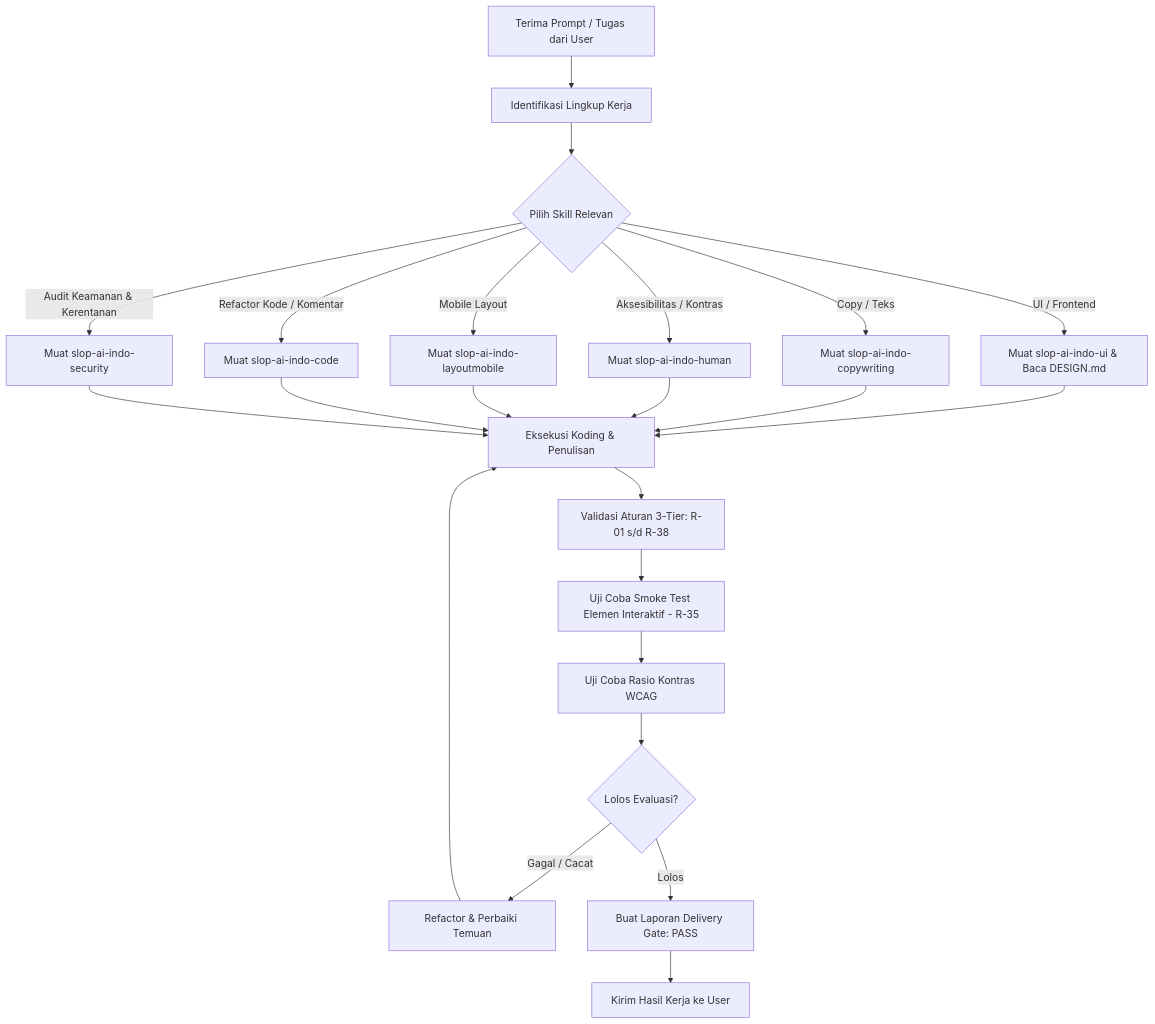
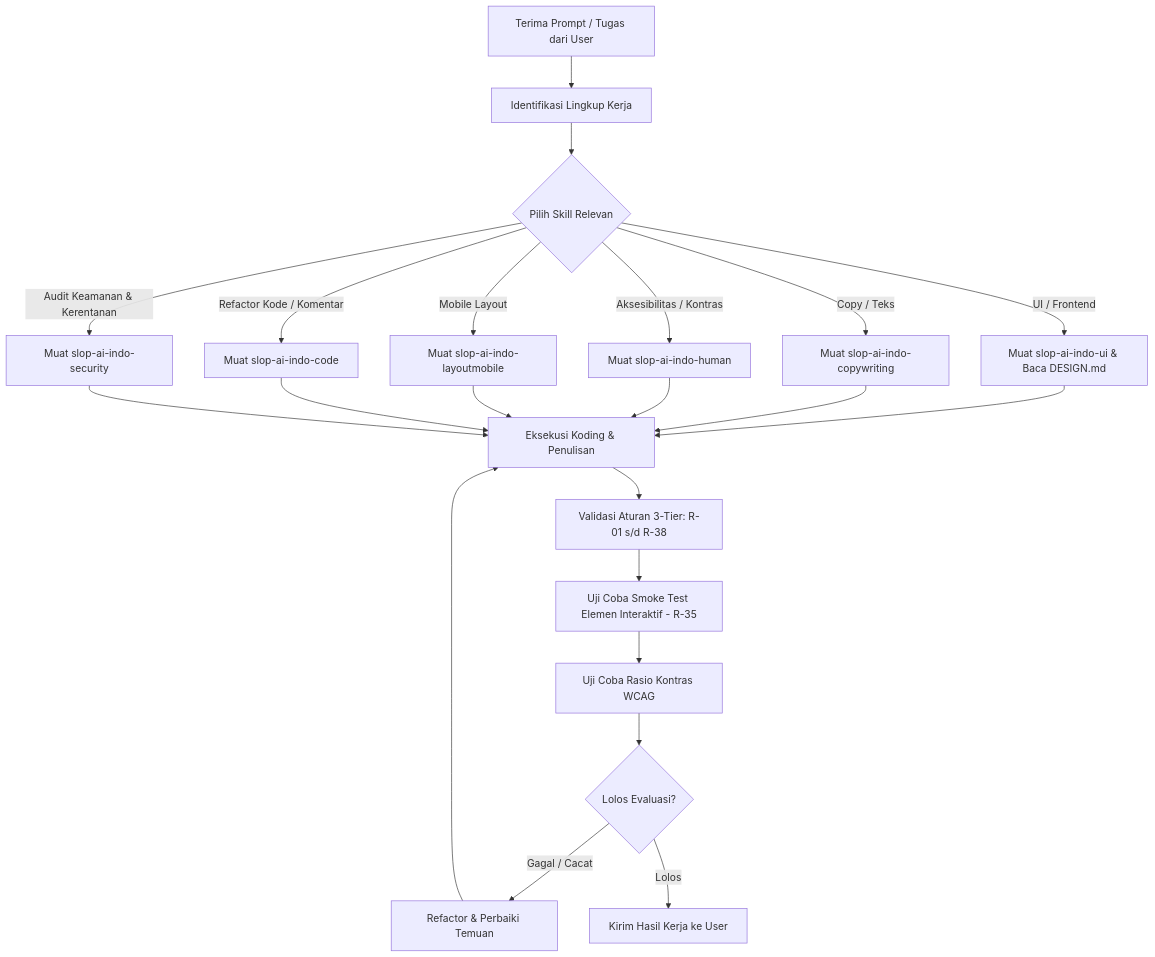
Before and after one commit to ynrlabs/slop-ai-indo: the diagram in WORKFLOW.md, drawn with Mermaid. The commit also changed other lines of this file and 23 other files, not shown here.

Commit message:
chore: remove Delivery Gate requirements from all skills and core

````diff
--- a/WORKFLOW.md
+++ b/WORKFLOW.md
@@ -9,21 +9,20 @@
 ```mermaid
 graph TD
     A[Terima Prompt / Tugas dari User] --> B[Identifikasi Lingkup Kerja]
     B --> C{Pilih Skill Relevan}
     C -->|UI / Frontend| D[Muat slop-ai-indo-ui & Baca DESIGN.md]
     C -->|Copy / Teks| E[Muat slop-ai-indo-copywriting]
     C -->|Aksesibilitas / Kontras| F[Muat slop-ai-indo-human]
     C -->|Mobile Layout| G[Muat slop-ai-indo-layoutmobile]
     C -->|Refactor Kode / Komentar| H[Muat slop-ai-indo-code]
     C -->|Audit Keamanan & Kerentanan| Q[Muat slop-ai-indo-security]
     
     D & E & F & G & H & Q --> I[Eksekusi Koding & Penulisan]
     I --> J[Validasi Aturan 3-Tier: R-01 s/d R-38]
     J --> K[Uji Coba Smoke Test Elemen Interaktif - R-35]
     K --> L[Uji Coba Rasio Kontras WCAG]
     L --> M{Lolos Evaluasi?}
     M -->|Gagal / Cacat| N[Refactor & Perbaiki Temuan]
     N --> I
-    M -->|Lolos| O[Buat Laporan Delivery Gate: PASS]
-    O --> P[Kirim Hasil Kerja ke User]
+    M -->|Lolos| P[Kirim Hasil Kerja ke User]
 ```
````
